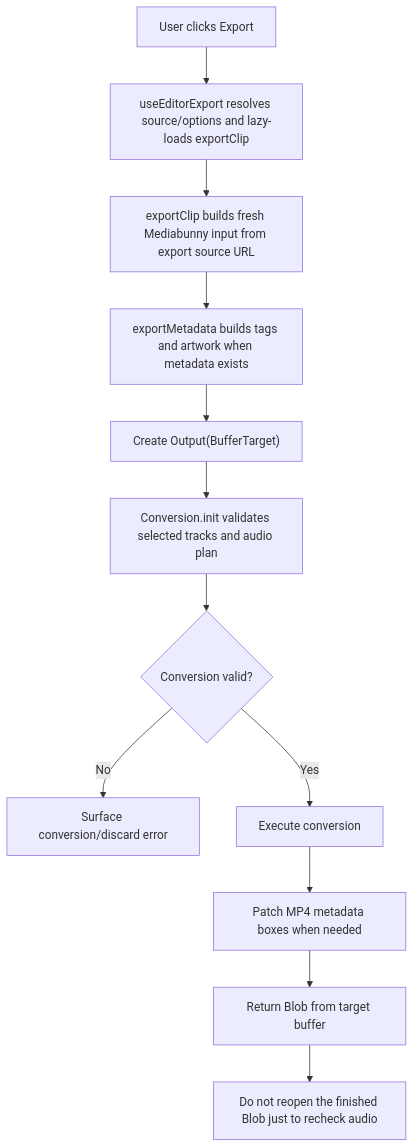
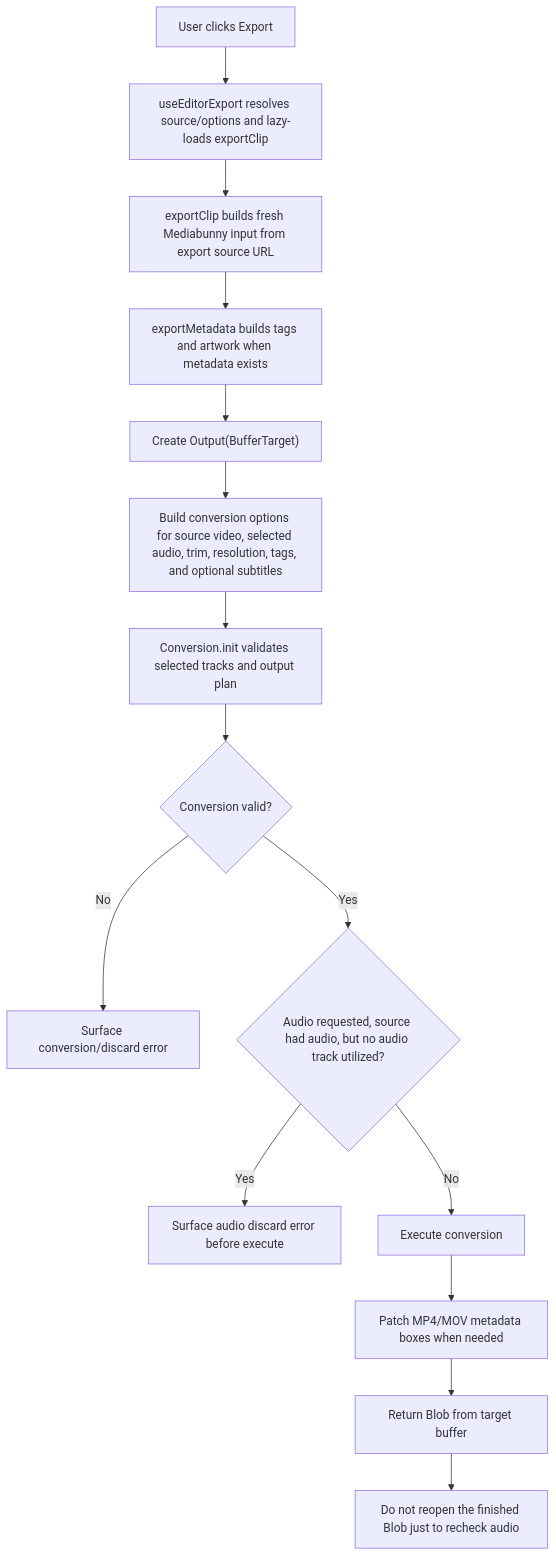
Diagram 12 of 13 in DIAGRAMS.md (TechSquidTV/Cliparr), drawn with Mermaid before and after one commit. The commit also changed other lines of this file, not shown here.

First line of the commit message:
docs(cliparr): update workflow diagrams (#106)

````diff
--- a/DIAGRAMS.md
+++ b/DIAGRAMS.md
@@ -240,14 +313,17 @@
 ```mermaid
 flowchart TD
     A["User clicks Export"] --> B["useEditorExport resolves source/options and lazy-loads exportClip"]
     B --> C["exportClip builds fresh Mediabunny input from export source URL"]
     C --> D["exportMetadata builds tags and artwork when metadata exists"]
     D --> E["Create Output(BufferTarget)"]
-    E --> F["Conversion.init validates selected tracks and audio plan"]
-    F --> G{"Conversion valid?"}
-    G -- "No" --> H["Surface conversion/discard error"]
-    G -- "Yes" --> I["Execute conversion"]
-    I --> J["Patch MP4 metadata boxes when needed"]
-    J --> K["Return Blob from target buffer"]
-    K --> L["Do not reopen the finished Blob just to recheck audio"]
+    E --> F["Build conversion options for source video, selected audio, trim, resolution, tags, and optional subtitles"]
+    F --> G["Conversion.init validates selected tracks and output plan"]
+    G --> H{"Conversion valid?"}
+    H -- "No" --> I["Surface conversion/discard error"]
+    H -- "Yes" --> J{"Audio requested, source had audio, but no audio track utilized?"}
+    J -- "Yes" --> K["Surface audio discard error before execute"]
+    J -- "No" --> L["Execute conversion"]
+    L --> M["Patch MP4/MOV metadata boxes when needed"]
+    M --> N["Return Blob from target buffer"]
+    N --> O["Do not reopen the finished Blob just to recheck audio"]
 ```
````
